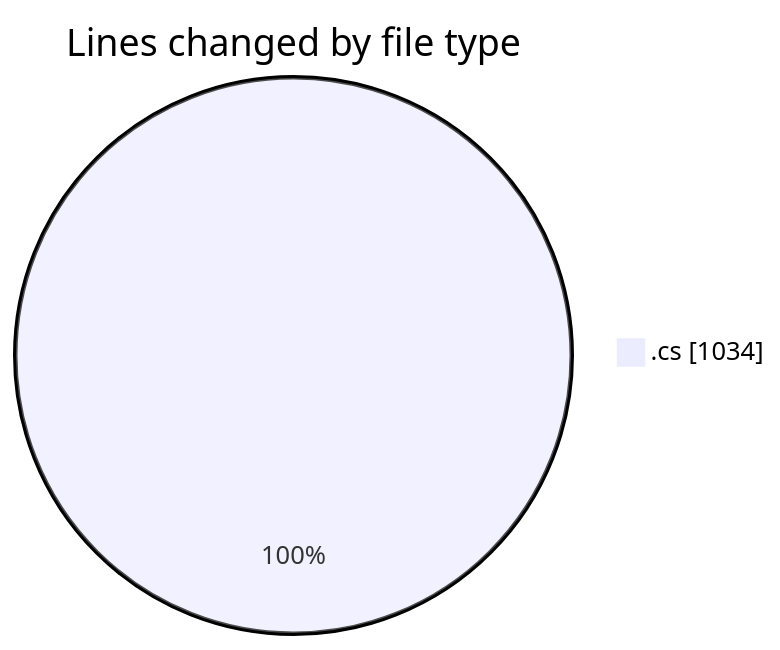
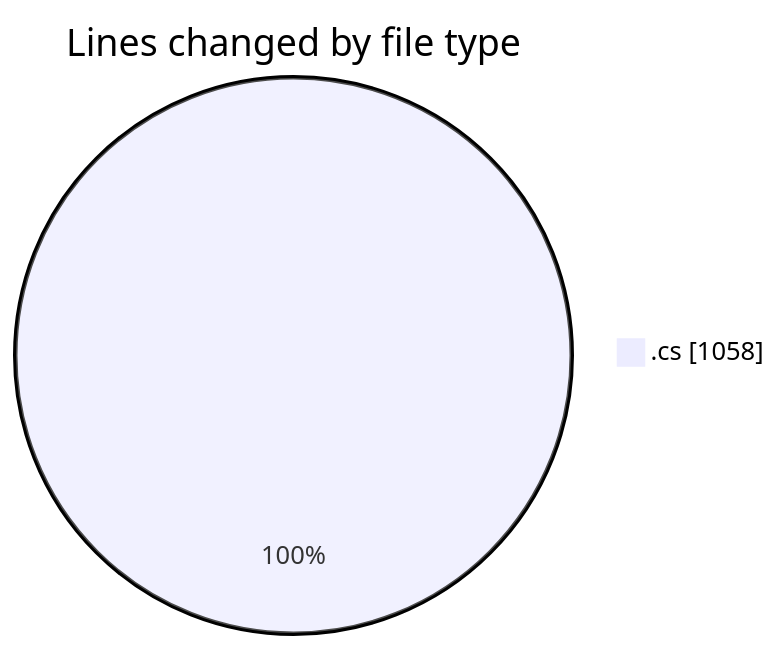
Before and after one commit to Netris89/code-tracking: the first of 2 diagrams in 2025-03-29/back-end/README.md, drawn with Mermaid. The commit also changed other lines of this file and 1 other file, not shown here.

````diff
--- a/2025-03-29/back-end/README.md
+++ b/2025-03-29/back-end/README.md
@@ -23,5 +23,5 @@
 ```mermaid
 pie showData
 title Lines changed by file type
-".cs" : 1034
+".cs" : 1058
 ```
````
